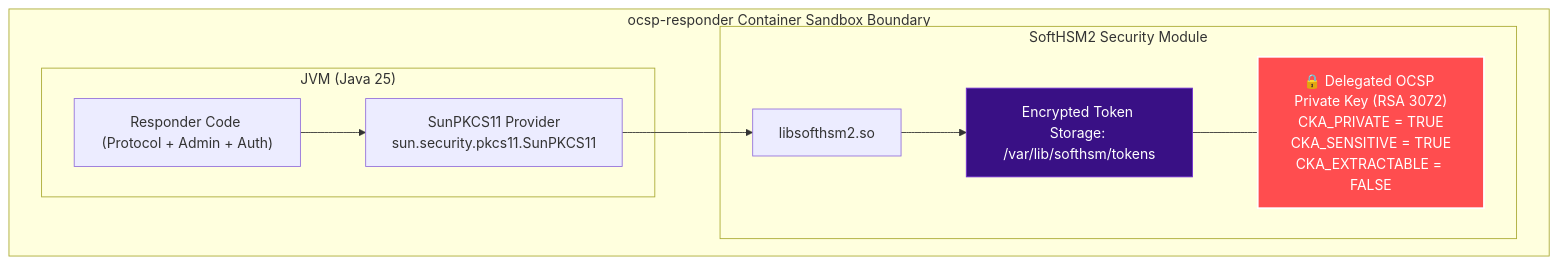
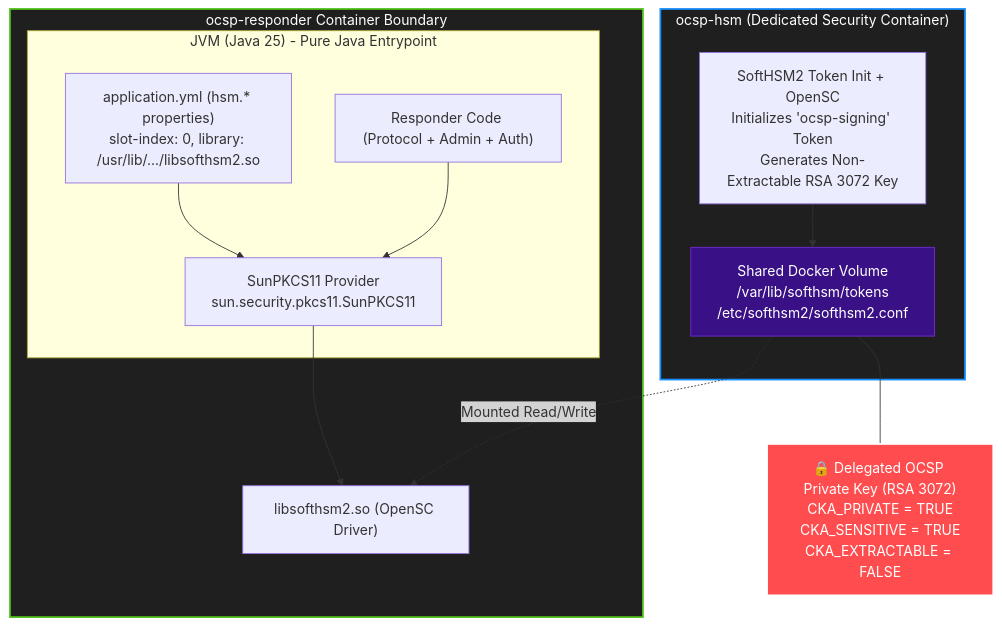
The seventh of 8 diagrams in ARCHITECTURE.md (Majdzapa/OCSP), drawn with Mermaid before and after one commit. The commit also changed other lines of this file and 47 other files, not shown here.

Commit message:
Refactor architecture: remove hexagonal boilerplate, introduce clean adapter interfaces for HSM and Messaging

````diff
--- a/ARCHITECTURE.md
+++ b/ARCHITECTURE.md
@@ -349,23 +374,29 @@
 ```mermaid
 graph TD
-    subgraph CONTAINER["ocsp-responder Container Sandbox Boundary"]
-        subgraph PROCESS["JVM (Java 25)"]
+    subgraph HSM_CONTAINER["ocsp-hsm (Dedicated Security Container)"]
+        HSM_INIT["SoftHSM2 Token Init + OpenSC<br/>Initializes 'ocsp-signing' Token<br/>Generates Non-Extractable RSA 3072 Key"]
+        SHARED_TOKENS["Shared Docker Volume<br/>/var/lib/softhsm/tokens<br/>/etc/softhsm2/softhsm2.conf"]
+        HSM_INIT --> SHARED_TOKENS
+    end
+
+    subgraph RESP_CONTAINER["ocsp-responder Container Boundary"]
+        subgraph PROCESS["JVM (Java 25) - Pure Java Entrypoint"]
+            APP_PROPS["application.yml (hsm.* properties)<br/>slot-index: 0, library: /usr/lib/.../libsofthsm2.so"]
             APP_CODE["Responder Code (Protocol + Admin + Auth)"]
             SUN_PKCS11["SunPKCS11 Provider<br/>sun.security.pkcs11.SunPKCS11"]
+            APP_PROPS --> SUN_PKCS11
+            APP_CODE --> SUN_PKCS11
         end
 
-        subgraph SOFTHSM["SoftHSM2 Security Module"]
-            LIB["libsofthsm2.so"]
-            TOKEN_STORE["Encrypted Token Storage: /var/lib/softhsm/tokens"]
-            PRIV_KEY["🔒 Delegated OCSP Private Key (RSA 3072)<br/>CKA_PRIVATE = TRUE<br/>CKA_SENSITIVE = TRUE<br/>CKA_EXTRACTABLE = FALSE"]
-        end
-
-        APP_CODE --> SUN_PKCS11
+        LIB["libsofthsm2.so (OpenSC Driver)"]
         SUN_PKCS11 --> LIB
-        LIB --> TOKEN_STORE
-        TOKEN_STORE --- PRIV_KEY
     end
 
+    SHARED_TOKENS -.->|Mounted Read/Write| LIB
+    SHARED_TOKENS --- PRIV_KEY["🔒 Delegated OCSP Private Key (RSA 3072)<br/>CKA_PRIVATE = TRUE<br/>CKA_SENSITIVE = TRUE<br/>CKA_EXTRACTABLE = FALSE"]
+
     style PRIV_KEY fill:#ff4d4f,stroke:#fff,stroke-width:2px,color:#fff
-    style TOKEN_STORE fill:#391085,stroke:#722ed1,stroke-width:1px,color:#fff
+    style SHARED_TOKENS fill:#391085,stroke:#722ed1,stroke-width:1px,color:#fff
+    style HSM_CONTAINER fill:#1f1f1f,stroke:#1890ff,stroke-width:2px,color:#fff
+    style RESP_CONTAINER fill:#1f1f1f,stroke:#52c41a,stroke-width:2px,color:#fff
 ```
````
